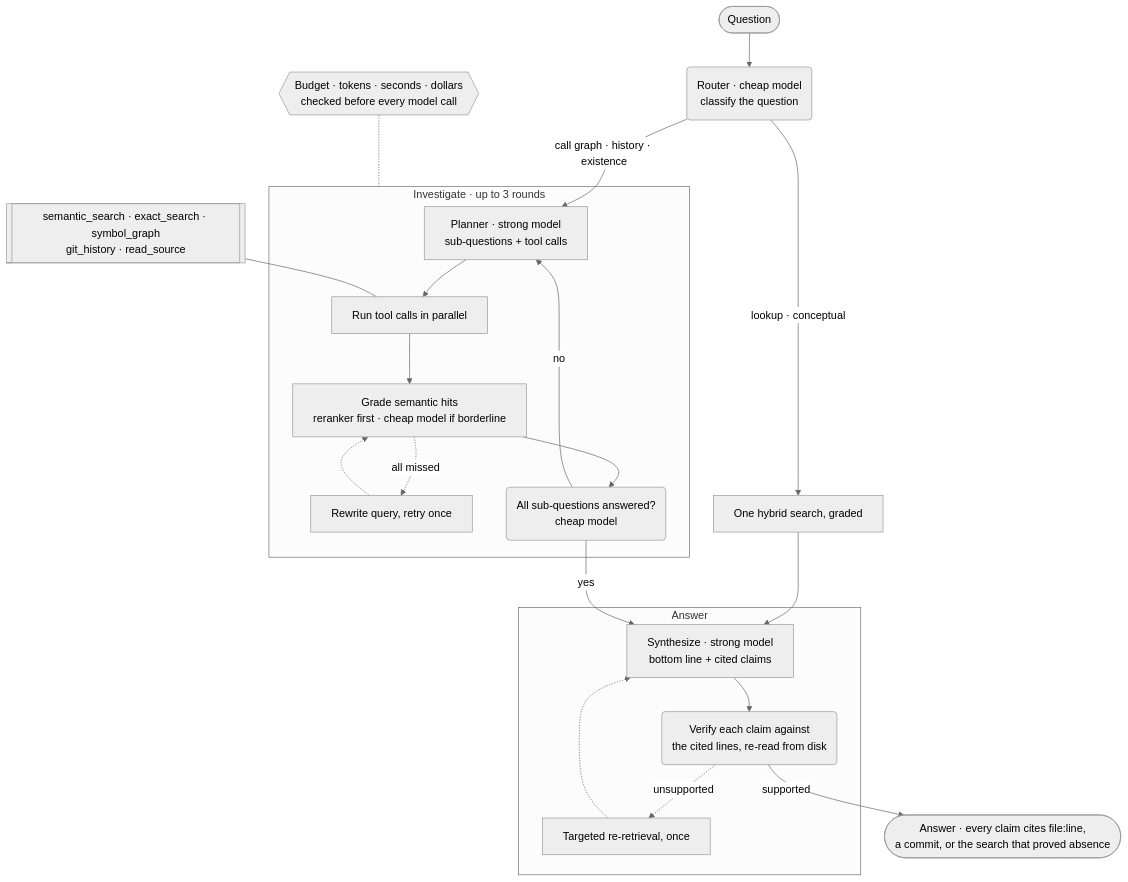
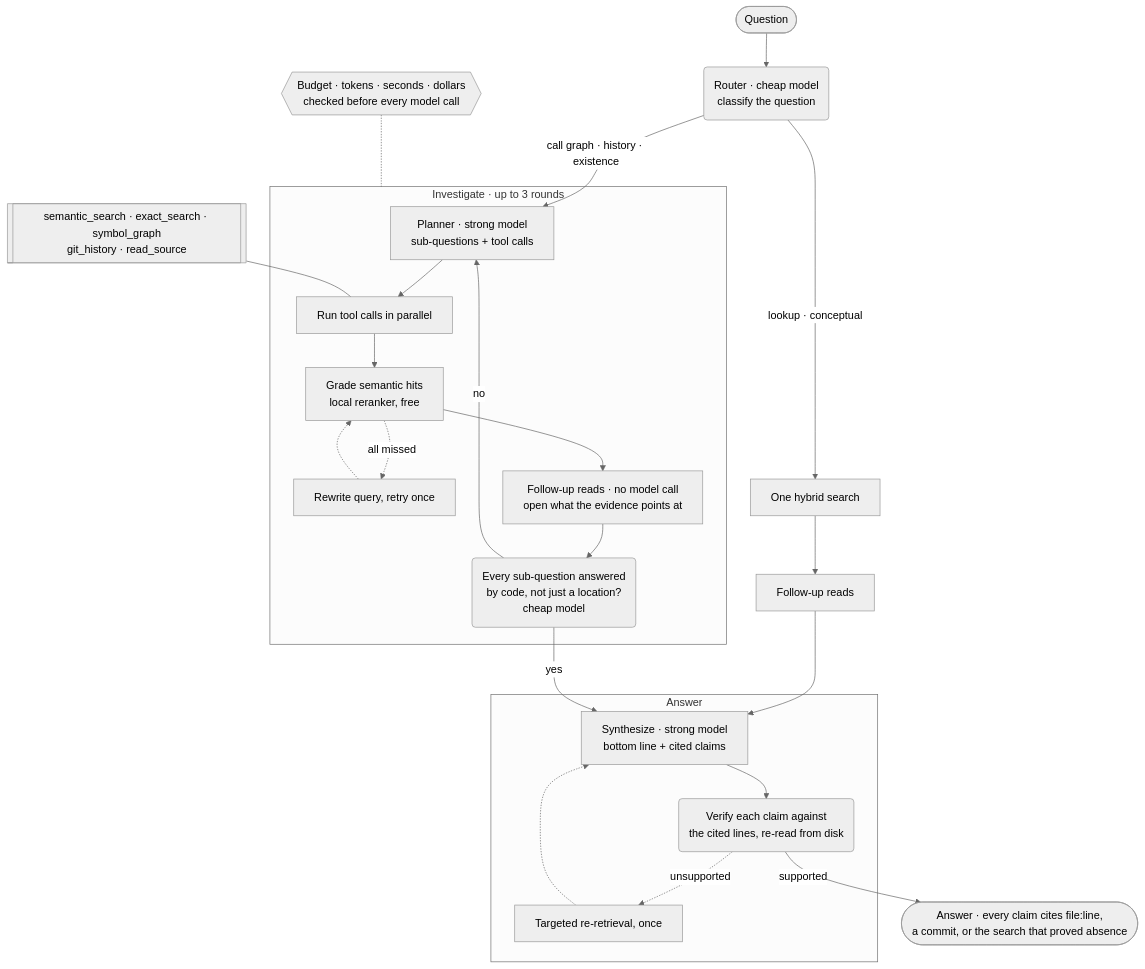
One commit to sochaty/agentic-code-rag changed the first of 2 diagrams in README.md. Above: the diagram before and after it, drawn with Mermaid (neutral theme). The commit also changed other lines of this file and 35 other files, not shown here.

````diff
--- a/README.md
+++ b/README.md
@@ -13,26 +13,27 @@
 ```mermaid
 %%{init: {"flowchart": {"wrappingWidth": 320}}}%%
 flowchart TD
     Q(["Question"]) --> R("Router · cheap model<br/>classify the question")
-    R -- "lookup · conceptual" --> D["One hybrid search, graded"]
+    R -- "lookup · conceptual" --> D["One hybrid search"]
     R -- "call graph · history · existence" --> P
 
     subgraph INVESTIGATE["Investigate · up to 3 rounds"]
         P["Planner · strong model<br/>sub-questions + tool calls"] --> T["Run tool calls in parallel"]
-        T --> G["Grade semantic hits<br/>reranker first · cheap model if borderline"]
+        T --> G["Grade semantic hits<br/>local reranker, free"]
         G -. "all missed" .-> RW["Rewrite query, retry once"] -.-> G
-        G --> S("All sub-questions answered?<br/>cheap model")
+        G --> F["Follow-up reads · no model call<br/>open what the evidence points at"]
+        F --> S("Every sub-question answered<br/>by code, not just a location?<br/>cheap model")
         S -- "no" --> P
     end
     TL[["semantic_search · exact_search · symbol_graph<br/>git_history · read_source"]] --- T
 
     subgraph ANSWER["Answer"]
         SY["Synthesize · strong model<br/>bottom line + cited claims"] --> V("Verify each claim against<br/>the cited lines, re-read from disk")
         V -. "unsupported" .-> RP["Targeted re-retrieval, once"] -.-> SY
     end
 
-    D --> SY
+    D --> DF["Follow-up reads"] --> SY
     S -- "yes" --> SY
     V -- "supported" --> A(["Answer · every claim cites file:line,<br/>a commit, or the search that proved absence"])
     B{{"Budget · tokens · seconds · dollars<br/>checked before every model call"}} -.- INVESTIGATE
 ```
````
